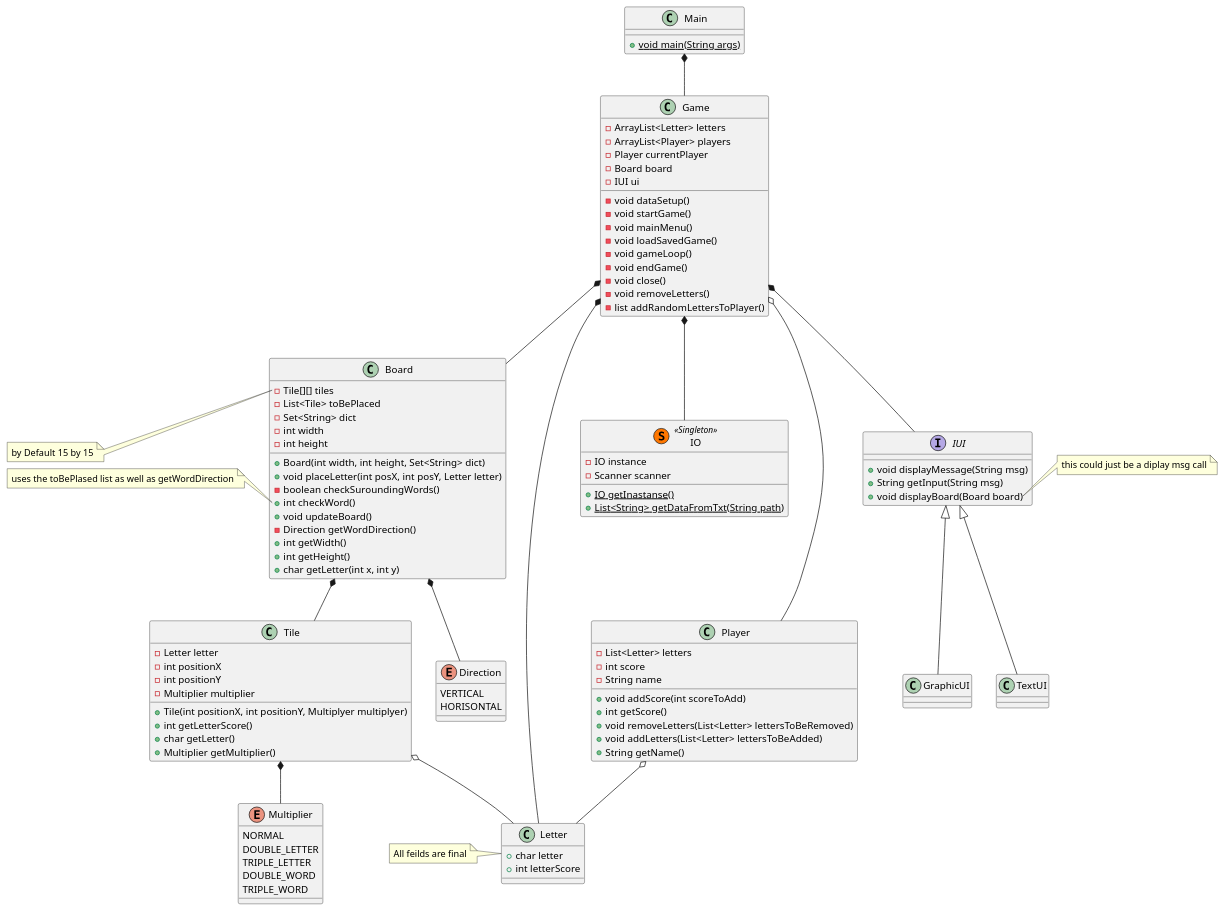
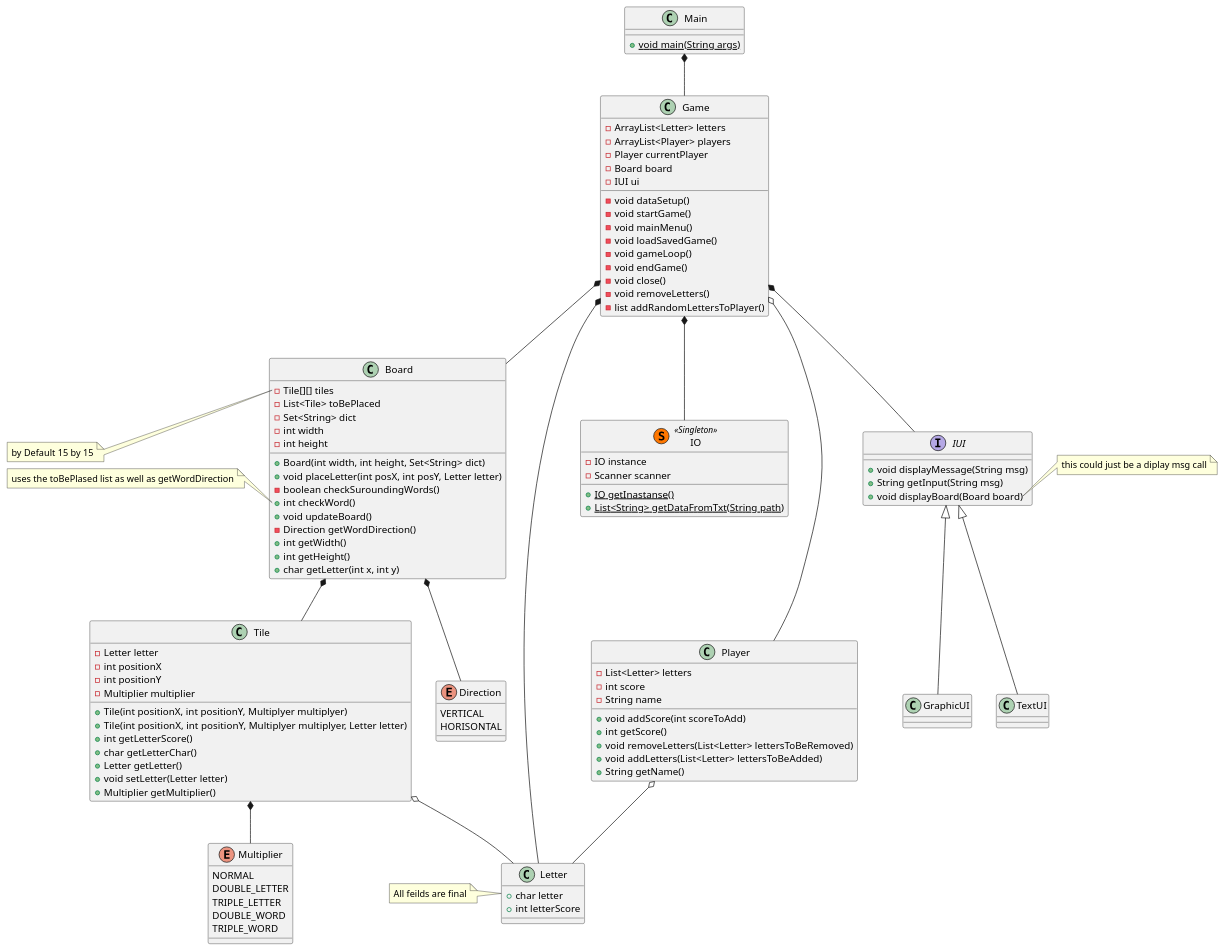
Before and after one commit to cph-dh223/ICE: the diagram in doc/classdiagram.puml, drawn with PlantUML. The commit also changed 1 other file, not shown here.

Commit message:
updated setLetter and class diagram

```diff
--- a/doc/classdiagram.puml
+++ b/doc/classdiagram.puml
@@ -1,129 +1,132 @@
 @startuml classDiagram
 
 class Main{
     +{static} void main(String args)
 }
 
 class Game{
     - ArrayList<Letter> letters
     - ArrayList<Player> players
     - Player currentPlayer
     - Board board
     - IUI ui
 
     - void dataSetup()
     - void startGame()
     - void mainMenu()
     - void loadSavedGame()
     - void gameLoop()
     - void endGame()
     - void close()
     - void removeLetters()
     - list addRandomLettersToPlayer()
 }
 interface IUI{
     + void displayMessage(String msg)
     + String getInput(String msg)
     + void displayBoard(Board board)
 }
 note right of IUI::displayBoard
     this could just be a diplay msg call
 end note
 
 class GraphicUI{}
 
 class TextUI{}
 
 class IO << (S,#FF7700) Singleton >>{
     - IO instance
     - Scanner scanner
 
     + {static} IO getInastanse()
     + {static} List<String> getDataFromTxt(String path)
 }
 
 class Tile{
     - Letter letter
     - int positionX 
     - int positionY
     - Multiplier multiplier
 
     + Tile(int positionX, int positionY, Multiplyer multiplyer)
+    + Tile(int positionX, int positionY, Multiplyer multiplyer, Letter letter)
     + int getLetterScore()
-    + char getLetter()
+    + char getLetterChar()
+    + Letter getLetter()
+    + void setLetter(Letter letter)
     + Multiplier getMultiplier()
 }
 enum Multiplier {
     NORMAL
     DOUBLE_LETTER
     TRIPLE_LETTER
     DOUBLE_WORD
     TRIPLE_WORD
 }
 
 class Board{
     - Tile[][] tiles
     - List<Tile> toBePlaced
     - Set<String> dict
     - int width
     - int height
 
     + Board(int width, int height, Set<String> dict)
     + void placeLetter(int posX, int posY, Letter letter)
     - boolean checkSuroundingWords()
     + int checkWord()
     + void updateBoard()
     - Direction getWordDirection()
     + int getWidth()
     + int getHeight()
     + char getLetter(int x, int y)
 }
 
 enum Direction{
     VERTICAL
     HORISONTAL
 }
 
 note left of Board::tiles
     by Default 15 by 15
 end note
 note left of Board::checkWord
     uses the toBePlased list as well as getWordDirection
 end note
 
 class Player{
     - List<Letter> letters
     - int score
     - String name
 
     + void addScore(int scoreToAdd)
     + int getScore()
     + void removeLetters(List<Letter> lettersToBeRemoved)
     + void addLetters(List<Letter> lettersToBeAdded)
     + String getName()
 
 }
 
 class Letter{
     + char letter
     + int letterScore
 }
 note left of Letter
     All feilds are final
 end note
 
 Main *-- Game
 Game o-- Player
 Game *-- Board 
 Board *-- Tile
 Board *-- Direction
 Game *-- Letter
 Player o-- Letter
 Game *-- IUI
 Game *-- IO
 IUI <|-- TextUI
 IUI <|-- GraphicUI
 Tile o-- Letter
 Tile *-- Multiplier
   
 @enduml
```
